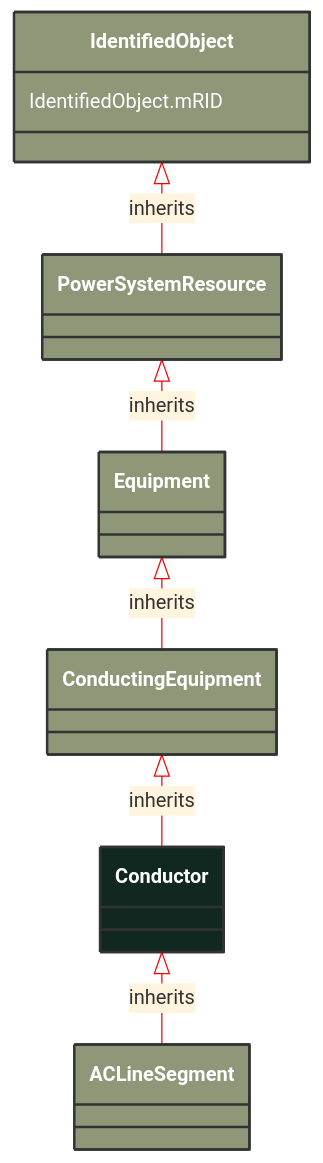
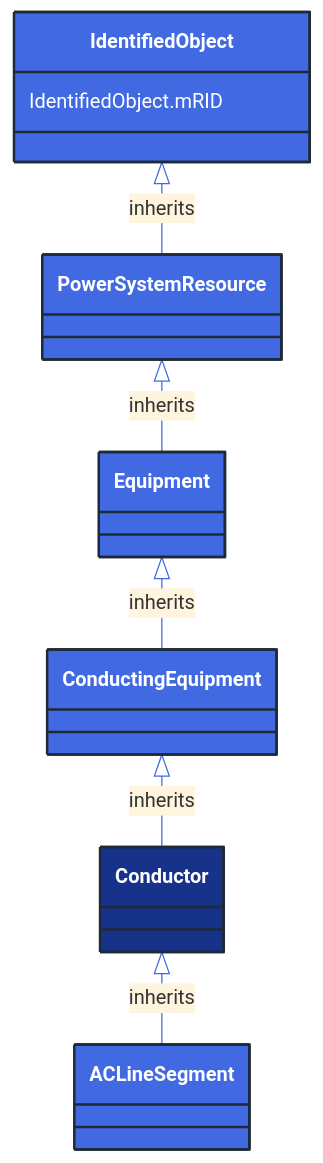
One commit to 3lbits/NoCIMExtensions changed the diagram in docs/Models/Profiles/ShortCircuit/AbstractClasses/Conductor.md. Above: the diagram before and after it, drawn with Mermaid. The commit also changed 362 other files, not shown here.

First line of the commit message:
Update diagrams and styles for improved visual consistency

````diff
--- a/docs/Models/Profiles/ShortCircuit/AbstractClasses/Conductor.md
+++ b/docs/Models/Profiles/ShortCircuit/AbstractClasses/Conductor.md
@@ -10,33 +10,33 @@
 ```mermaid
-%%{init: {'theme':'base','themeVariables': {'lineColor': '#FF0000'}}}%%
+%%{init: {'theme':'base','themeVariables': {'lineColor': '#4169E1'}}}%%
 classDiagram
     class Conductor
     click Conductor href "/Models/Profiles/ShortCircuit/AbstractClasses/Conductor/"
-    style Conductor fill:#102820,stroke:#333,stroke-width:2px,rx:10,ry:10,color:white
+    style Conductor fill:#163289,stroke:#1F2A37,stroke-width:2px,rx:10,ry:10,color:white
 
         Conductor <|-- ACLineSegment : inherits
 
         ACLineSegment
             click ACLineSegment href "/Models/Profiles/ShortCircuit/ConcreteClasses/ACLineSegment/"
-            style ACLineSegment fill:#8F9779,stroke:#333,stroke-width:2px,rx:10,ry:10,color:white
+            style ACLineSegment fill:#4169E1,stroke:#1F2A37,stroke-width:2px,rx:10,ry:10,color:white
      
         ConductingEquipment <|-- Conductor : inherits
             click ConductingEquipment href "/Models/Profiles/ShortCircuit/AbstractClasses/ConductingEquipment/"
-            style ConductingEquipment fill:#8F9779,stroke:#333,stroke-width:2px,rx:10,ry:10,color:white
+            style ConductingEquipment fill:#4169E1,stroke:#1F2A37,stroke-width:2px,rx:10,ry:10,color:white
      
         Equipment <|-- ConductingEquipment : inherits
             click Equipment href "/Models/Profiles/ShortCircuit/AbstractClasses/Equipment/"
-            style Equipment fill:#8F9779,stroke:#333,stroke-width:2px,rx:10,ry:10,color:white
+            style Equipment fill:#4169E1,stroke:#1F2A37,stroke-width:2px,rx:10,ry:10,color:white
      
         PowerSystemResource <|-- Equipment : inherits
             click PowerSystemResource href "/Models/Profiles/ShortCircuit/AbstractClasses/PowerSystemResource/"
-            style PowerSystemResource fill:#8F9779,stroke:#333,stroke-width:2px,rx:10,ry:10,color:white
+            style PowerSystemResource fill:#4169E1,stroke:#1F2A37,stroke-width:2px,rx:10,ry:10,color:white
      
         IdentifiedObject <|-- PowerSystemResource : inherits
             click IdentifiedObject href "/Models/Profiles/ShortCircuit/AbstractClasses/IdentifiedObject/"
-            style IdentifiedObject fill:#8F9779,stroke:#333,stroke-width:2px,rx:10,ry:10,color:white
+            style IdentifiedObject fill:#4169E1,stroke:#1F2A37,stroke-width:2px,rx:10,ry:10,color:white
 
 
 
         IdentifiedObject : IdentifiedObject.mRID
 ```
````
